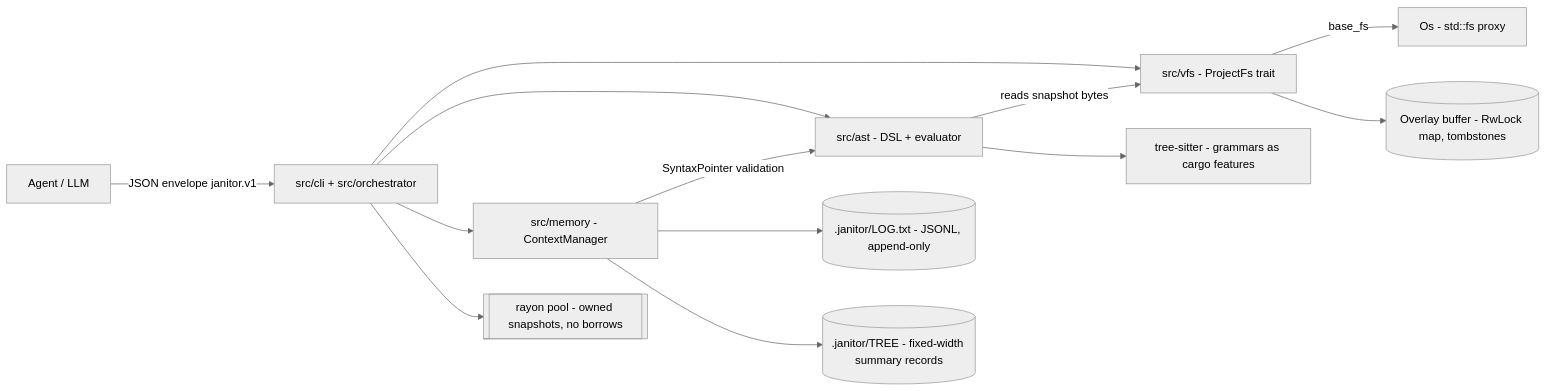
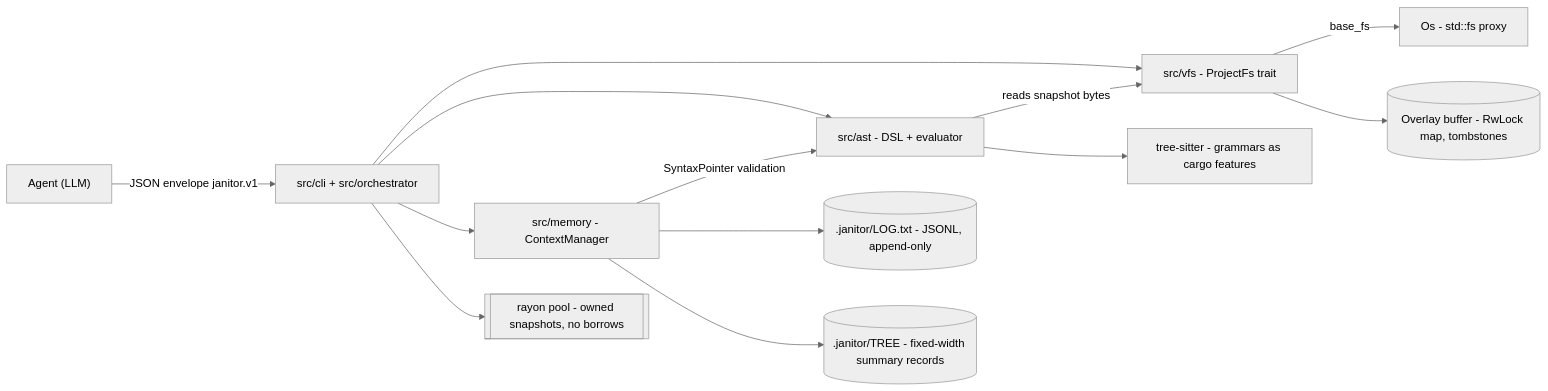
The second of 3 diagrams in README.md (Rastrian/janitor-prime), drawn with Mermaid (neutral theme) before and after one commit. The commit also changed other lines of this file, not shown here.

First line of the commit message:
docs: fix mermaid render errors in README diagrams

````diff
--- a/README.md
+++ b/README.md
@@ -122,19 +122,19 @@
 ```mermaid
 flowchart LR
-    A[Agent / LLM] -- "JSON envelope janitor.v1" --> CLI[src/cli + src/orchestrator]
+    A["Agent (LLM)"] -- "JSON envelope janitor.v1" --> CLI[src/cli + src/orchestrator]
 
     CLI --> VFS[src/vfs - ProjectFs trait]
     CLI --> AST[src/ast - DSL + evaluator]
     CLI --> MEM[src/memory - ContextManager]
 
     VFS -- "base_fs" --> OS[Os - std::fs proxy]
     VFS --> BUF[(Overlay buffer - RwLock map, tombstones)]
     AST -- "reads snapshot bytes" --> VFS
     AST --> TS[tree-sitter - grammars as cargo features]
     MEM -- "SyntaxPointer validation" --> AST
 
     CLI --> RAY[[rayon pool - owned snapshots, no borrows]]
 
     MEM --> LOG[(.janitor/LOG.txt - JSONL, append-only)]
     MEM --> TREE[(.janitor/TREE - fixed-width summary records)]
 ```
````
